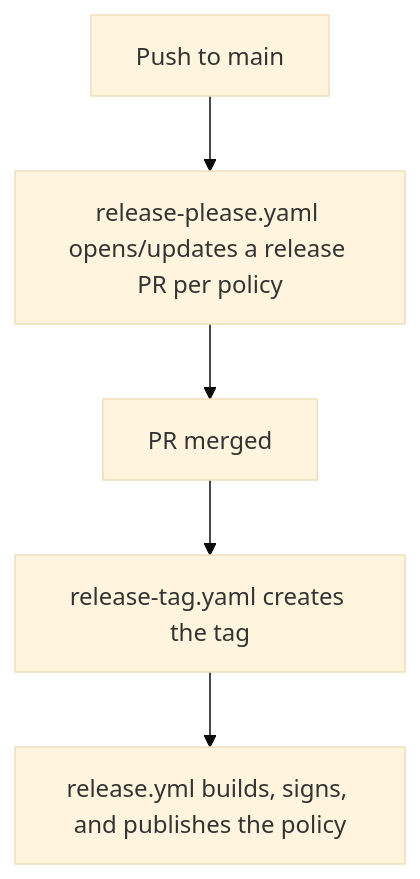
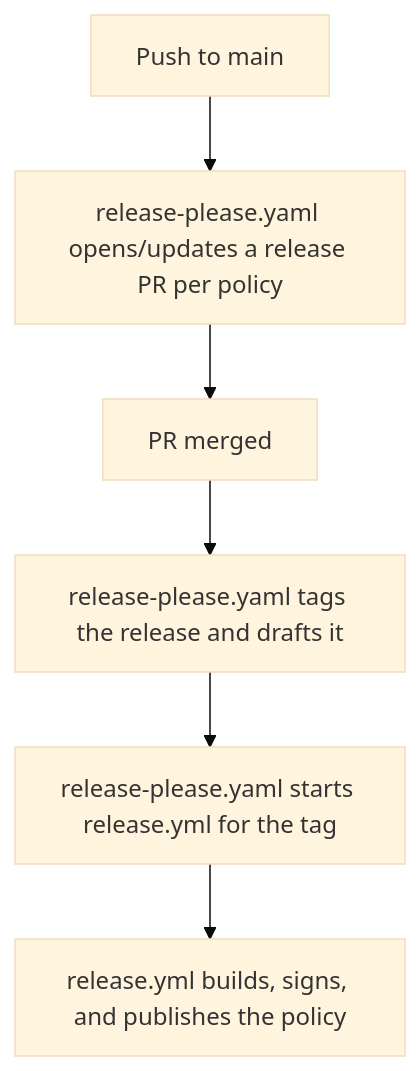
One commit to jvanz/policies changed the diagram in CONTRIBUTING.md. Above: the diagram before and after it, drawn with Mermaid (base theme). The commit also changed other lines of this file, not shown here.

Commit message:
fixup! docs: document the release-please release flow

````diff
--- a/CONTRIBUTING.md
+++ b/CONTRIBUTING.md
@@ -150,8 +159,9 @@
 ```mermaid
 flowchart TD
 
 A[Push to main] --> B[release-please.yaml opens/updates a release PR per policy]
 B --> C[PR merged]
-C --> D[release-tag.yaml creates the tag]
-D --> E[release.yml builds, signs, and publishes the policy]
+C --> D[release-please.yaml tags the release and drafts it]
+D --> E[release-please.yaml starts release.yml for the tag]
+E --> F[release.yml builds, signs, and publishes the policy]
 ```
````
